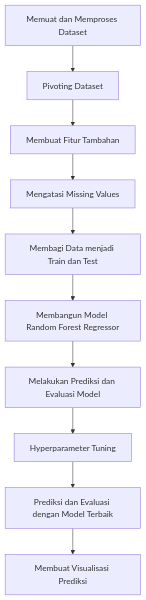
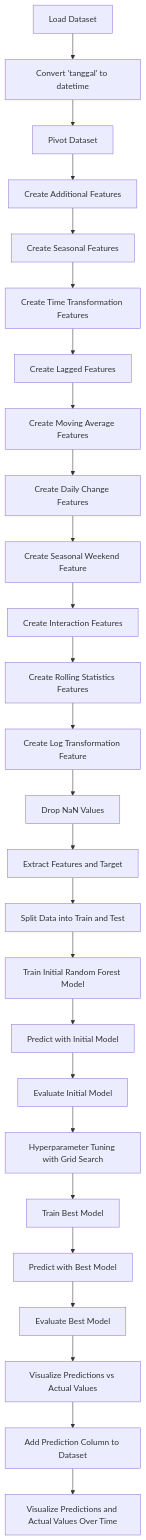
Before and after one commit to dickypranataa/ML-A11.2022.14615-UAS: the diagram in README.md, drawn with Mermaid.

````diff
--- a/README.md
+++ b/README.md
@@ -27,13 +27,28 @@
 ```mermaid
 graph TD
-    A[Memuat dan Memproses Dataset]
-    A --> B[Pivoting Dataset]
-    B --> C[Membuat Fitur Tambahan]
-    C --> D[Mengatasi Missing Values]
-    D --> E[Membagi Data menjadi Train dan Test]
-    E --> F[Membangun Model Random Forest Regressor]
-    F --> G[Melakukan Prediksi dan Evaluasi Model]
-    G --> H[Hyperparameter Tuning]
-    H --> I[Prediksi dan Evaluasi dengan Model Terbaik]
-    I --> J[Membuat Visualisasi Prediksi]
+    A[Load Dataset] --> B[Convert 'tanggal' to datetime]
+    B --> C[Pivot Dataset]
+    C --> D[Create Additional Features]
+    D --> E[Create Seasonal Features]
+    E --> F[Create Time Transformation Features]
+    F --> G[Create Lagged Features]
+    G --> H[Create Moving Average Features]
+    H --> I[Create Daily Change Features]
+    I --> J[Create Seasonal Weekend Feature]
+    J --> K[Create Interaction Features]
+    K --> L[Create Rolling Statistics Features]
+    L --> M[Create Log Transformation Feature]
+    M --> N[Drop NaN Values]
+    N --> O[Extract Features and Target]
+    O --> P[Split Data into Train and Test]
+    P --> Q[Train Initial Random Forest Model]
+    Q --> R[Predict with Initial Model]
+    R --> S[Evaluate Initial Model]
+    S --> T[Hyperparameter Tuning with Grid Search]
+    T --> U[Train Best Model]
+    U --> V[Predict with Best Model]
+    V --> W[Evaluate Best Model]
+    W --> X[Visualize Predictions vs Actual Values]
+    X --> Y[Add Prediction Column to Dataset]
+    Y --> Z[Visualize Predictions and Actual Values Over Time]
 ```
````
